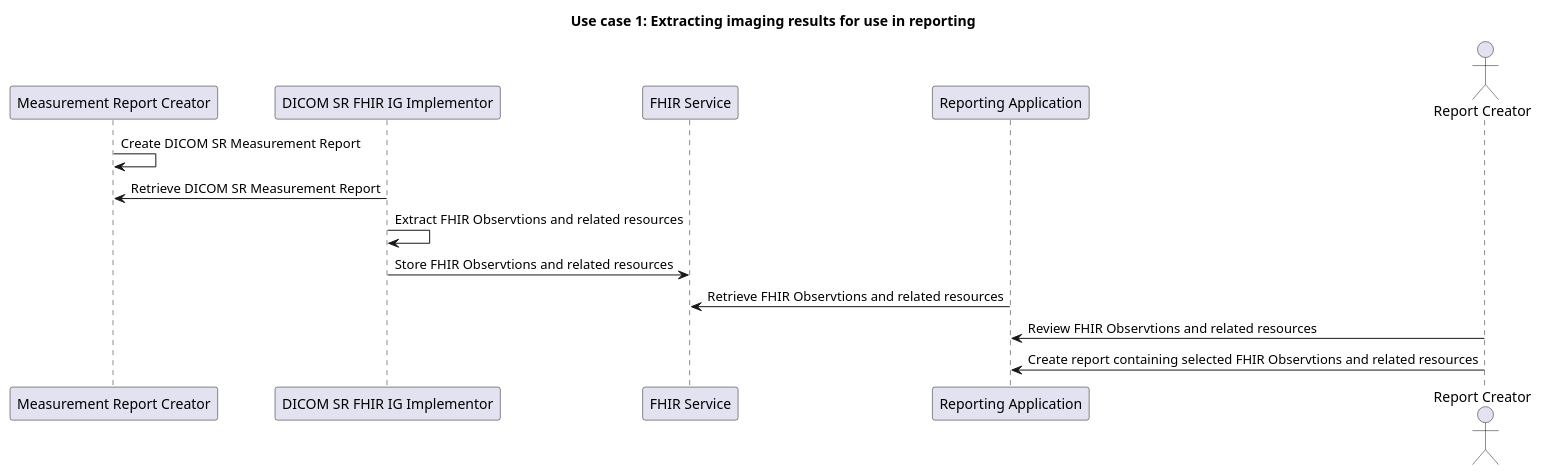
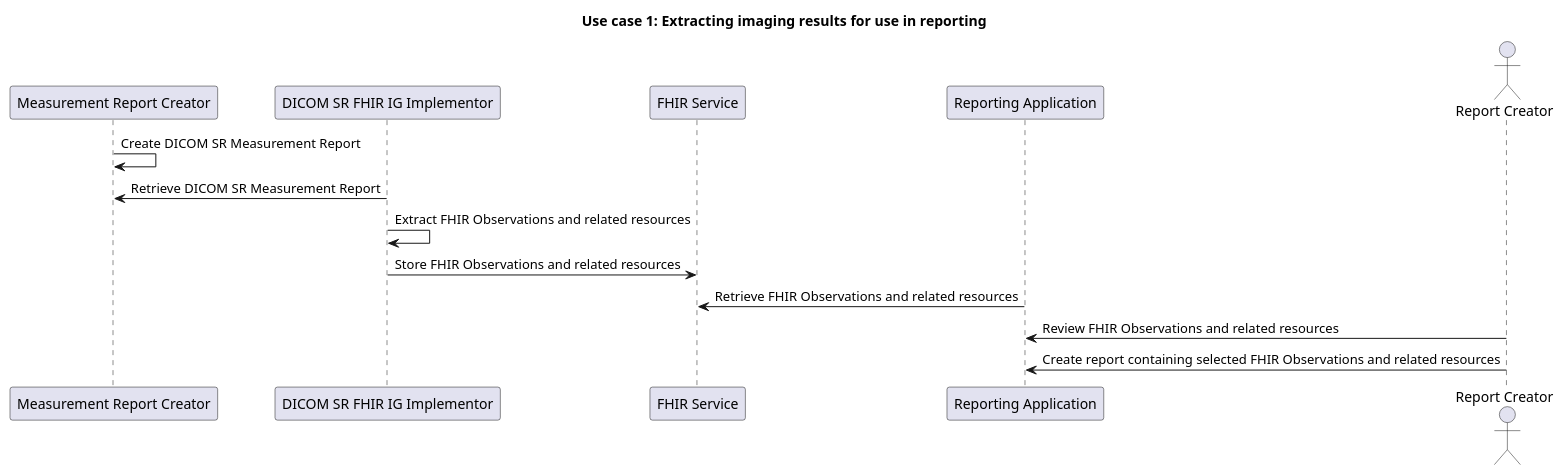
The diagram in input/images-source/use_case_1_reporting.plantuml (HL7/dicom-sr), drawn with PlantUML before and after one commit. The commit also changed 12 other files, not shown here.

```diff
--- a/input/images-source/use_case_1_reporting.plantuml
+++ b/input/images-source/use_case_1_reporting.plantuml
@@ -1,18 +1,18 @@
 @startuml dicom_sr_report_extraction
 title Use case 1: Extracting imaging results for use in reporting
 
 participant "Measurement Report Creator" as sr_creator
 participant "DICOM SR FHIR IG Implementor" as ig_implementor
 participant "FHIR Service" as fhir_service
 participant "Reporting Application" as report_creator
 actor "Report Creator" as reporter
 
 sr_creator -> sr_creator: Create DICOM SR Measurement Report
 ig_implementor -> sr_creator: Retrieve DICOM SR Measurement Report
-ig_implementor -> ig_implementor: Extract FHIR Observtions and related resources
-ig_implementor -> fhir_service: Store FHIR Observtions and related resources
-report_creator -> fhir_service: Retrieve FHIR Observtions and related resources
-reporter -> report_creator: Review FHIR Observtions and related resources
-reporter -> report_creator: Create report containing selected FHIR Observtions and related resources
+ig_implementor -> ig_implementor: Extract FHIR Observations and related resources
+ig_implementor -> fhir_service: Store FHIR Observations and related resources
+report_creator -> fhir_service: Retrieve FHIR Observations and related resources
+reporter -> report_creator: Review FHIR Observations and related resources
+reporter -> report_creator: Create report containing selected FHIR Observations and related resources
 
 @enduml
```
